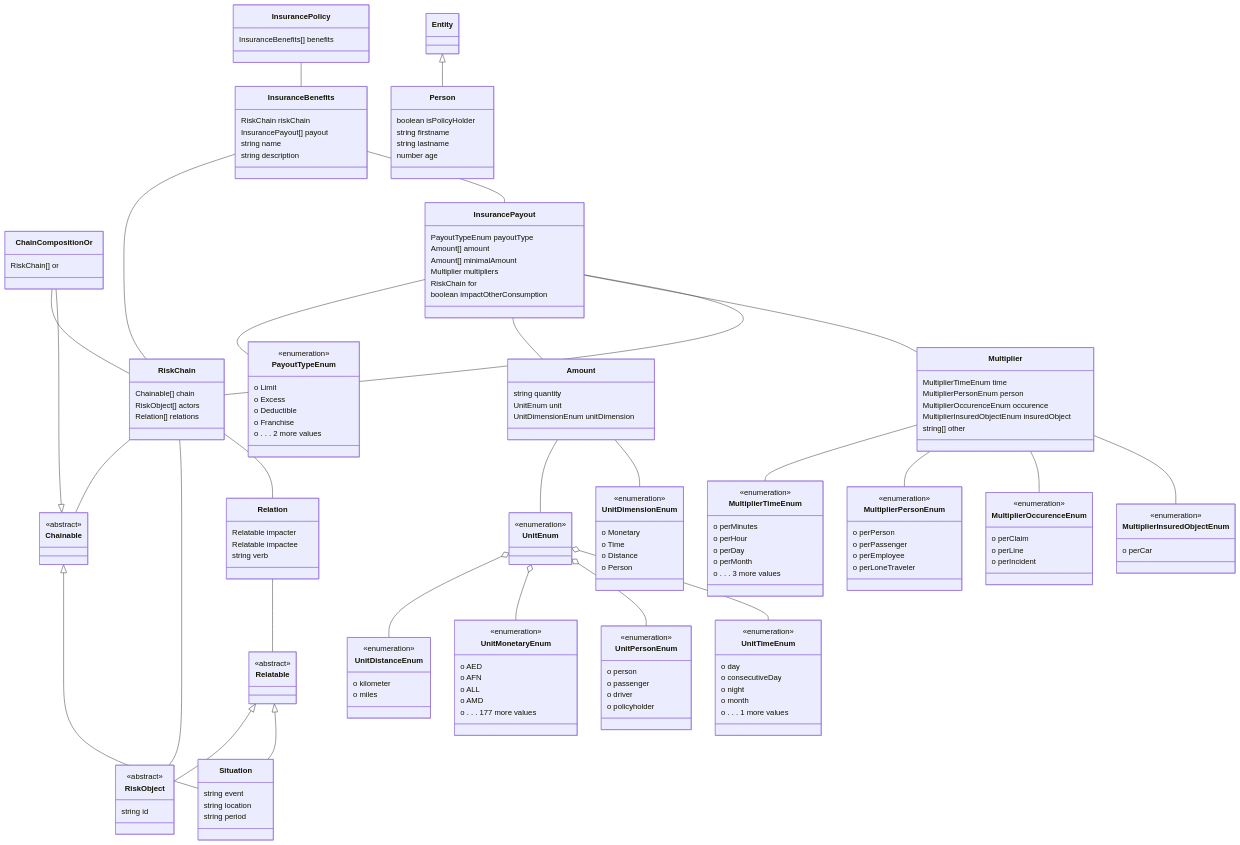
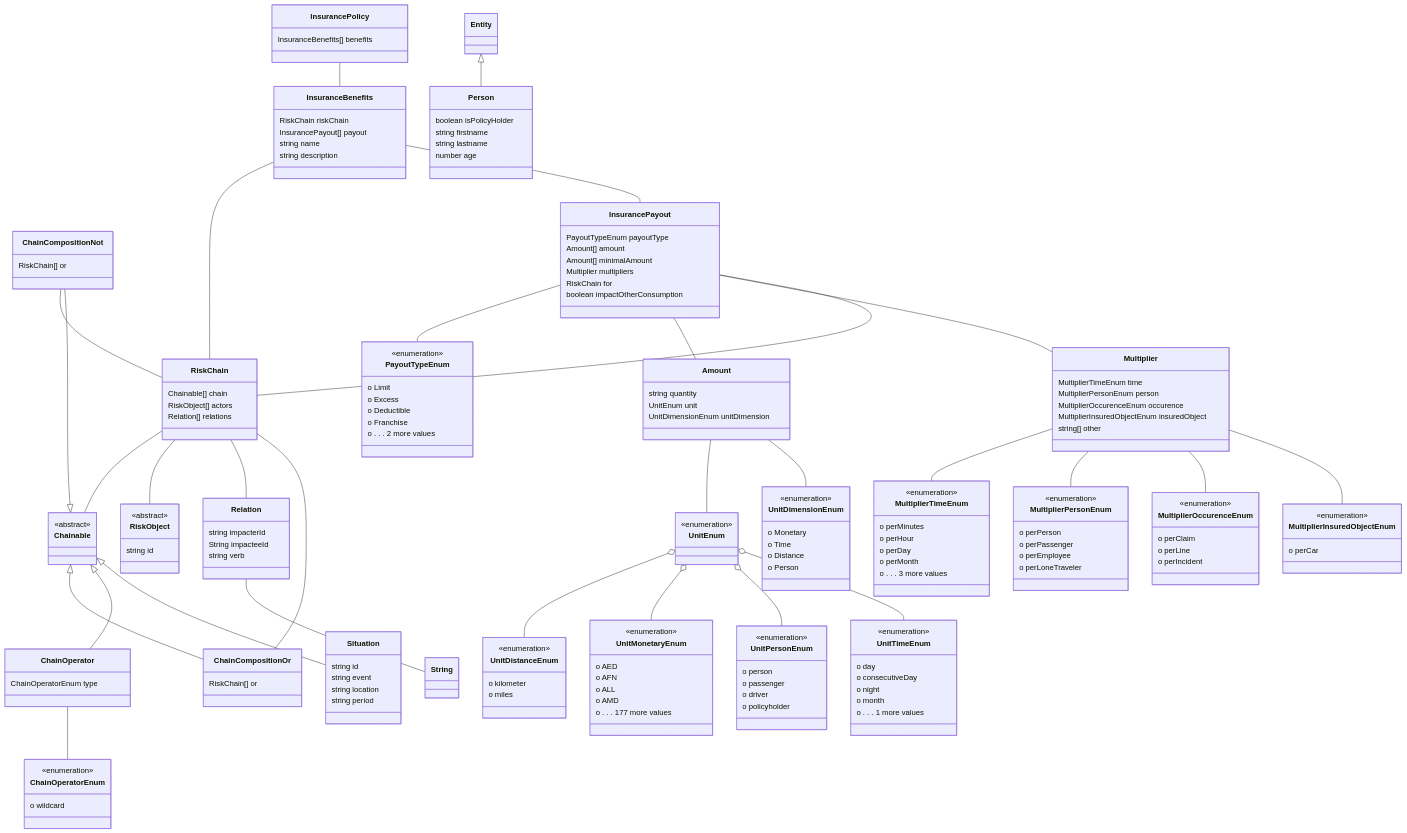
Before and after one commit to codexstanford/Insurance-Payout-Ontology: the diagram in datamodel-build/mermaid/diagram.mmd, drawn with Mermaid. The commit also changed 61 other files, not shown here.

```diff
--- a/datamodel-build/mermaid/diagram.mmd
+++ b/datamodel-build/mermaid/diagram.mmd
@@ -11,6 +11,16 @@
 
 }
 
+ChainCompositionNot -- RiskChain
+
+
+Chainable <|-- ChainCompositionNot
+class ChainCompositionNot {
+
+  RiskChain[] or
+
+}
+
 ChainCompositionOr -- RiskChain
 
 
@@ -19,6 +29,21 @@
 
   RiskChain[] or
 
+}
+
+ChainOperator -- ChainOperatorEnum
+
+
+Chainable <|-- ChainOperator
+class ChainOperator {
+
+  ChainOperatorEnum type
+
+}
+
+class ChainOperatorEnum {
+<<enumeration>>
+  o wildcard
 }
 
 
@@ -134,21 +159,13 @@
 
 }
 
-
-
-class Relatable {
-<<abstract>>
-
-
-}
-
-Relation -- Relatable
+Relation -- String
 
 
 class Relation {
 
-  Relatable impacter
-  Relatable impactee
+  string impacterId
+  String impacteeId
   string verb
 
 }
@@ -168,7 +185,6 @@
 
 
 
-Relatable <|-- RiskObject
 class RiskObject {
 <<abstract>>
 
@@ -179,9 +195,9 @@
 
 
 Chainable <|-- Situation
-Relatable <|-- Situation
 class Situation {
 
+  string id
   string event
   string location
   string period
```
